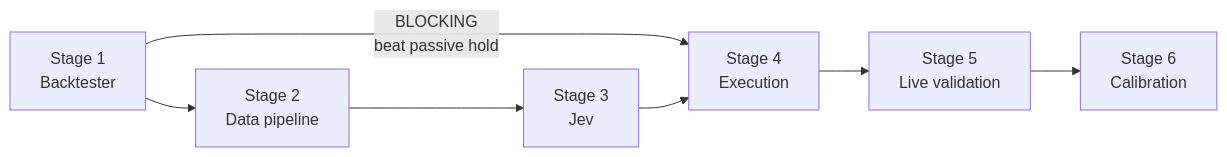
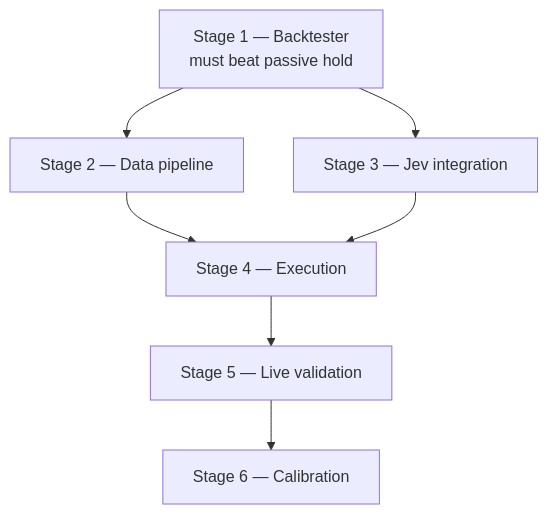
The fourth of 4 diagrams in conductor/tracks/active/003-funding-harvesting/spec.md (fsiddiqi/defi-jev), drawn with Mermaid before and after one commit. The commit also changed other lines of this file and 2 other files, not shown here.

````diff
--- a/conductor/tracks/active/003-funding-harvesting/spec.md
+++ b/conductor/tracks/active/003-funding-harvesting/spec.md
@@ -133,9 +141,9 @@
 ```mermaid
-flowchart LR
-  S1["Stage 1<br/>Backtester"] -->|"BLOCKING<br/>beat passive hold"| S4["Stage 4<br/>Execution"]
-  S1 --> S2["Stage 2<br/>Data pipeline"]
-  S2 --> S3["Stage 3<br/>Jev"]
+flowchart TD
+  S1["Stage 1 — Backtester<br/>must beat passive hold"] --> S2["Stage 2 — Data pipeline"]
+  S1 --> S3["Stage 3 — Jev integration"]
+  S2 --> S4["Stage 4 — Execution"]
   S3 --> S4
-  S4 --> S5["Stage 5<br/>Live validation"]
-  S5 --> S6["Stage 6<br/>Calibration"]
+  S4 --> S5["Stage 5 — Live validation"]
+  S5 --> S6["Stage 6 — Calibration"]
 ```
````
